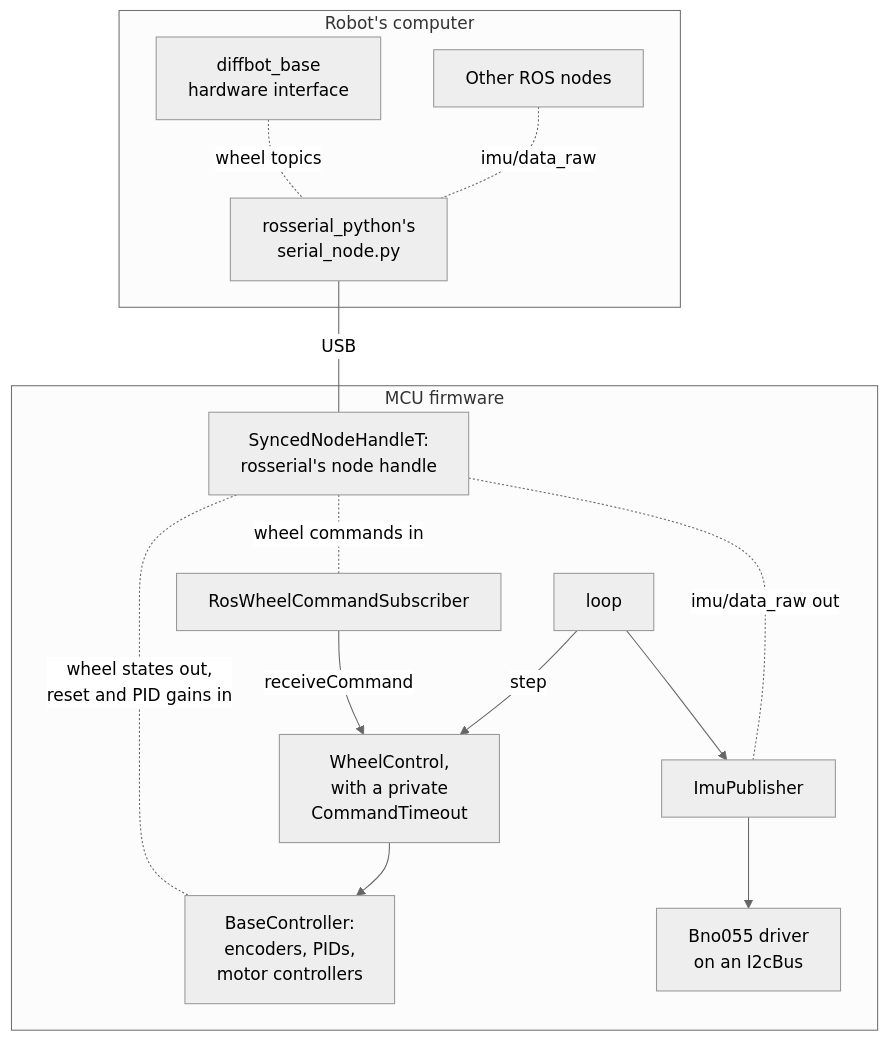
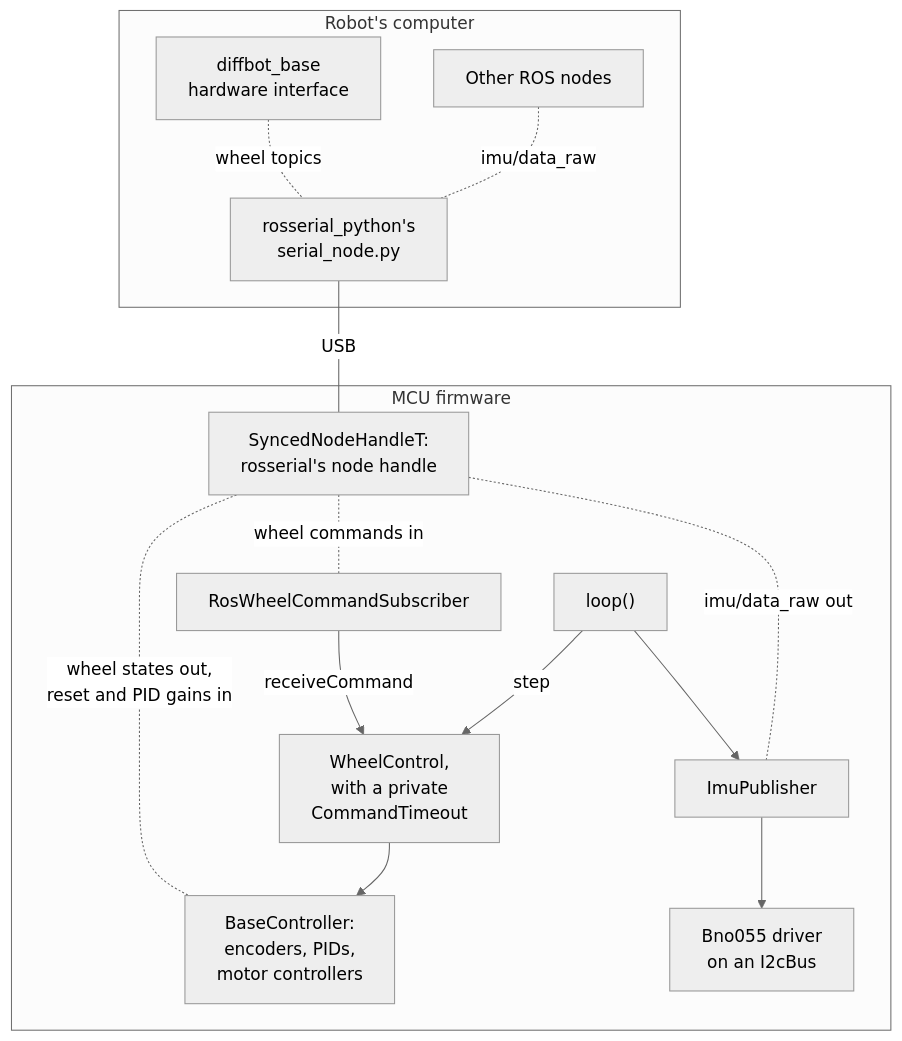
The second of 2 diagrams in docs/packages/diffbot_base/low-level.md (ros-mobile-robots/ros-mobile-robots.github.io), drawn with Mermaid (neutral theme) before and after one commit. The commit also changed other lines of this file and 5 other files, not shown here.

````diff
--- a/docs/packages/diffbot_base/low-level.md
+++ b/docs/packages/diffbot_base/low-level.md
@@ -699,28 +714,28 @@
 ```mermaid
 graph TB
   subgraph PI [Robot's computer]
     HW[diffbot_base<br/>hardware interface]
     ROS[Other ROS nodes]
     SN[rosserial_python's<br/>serial_node.py]
   end
   subgraph MCU [MCU firmware]
     NH[SyncedNodeHandleT:<br/>rosserial's node handle]
     SUB[RosWheelCommandSubscriber]
     WC[WheelControl,<br/>with a private<br/>CommandTimeout]
     BC[BaseController:<br/>encoders, PIDs,<br/>motor controllers]
-    LOOP[loop]
+    LOOP["loop()"]
     IP[ImuPublisher]
     BNO[Bno055 driver<br/>on an I2cBus]
   end
   HW -.-|wheel topics| SN
   ROS -.-|imu/data_raw| SN
   SN ---|USB| NH
   NH -.-|wheel commands in| SUB
   NH -.-|wheel states out,<br/>reset and PID gains in| BC
   SUB -->|receiveCommand| WC
   WC --> BC
   LOOP -->|step| WC
   LOOP --> IP
   NH -.-|imu/data_raw out| IP
   IP --> BNO
 ```
````
